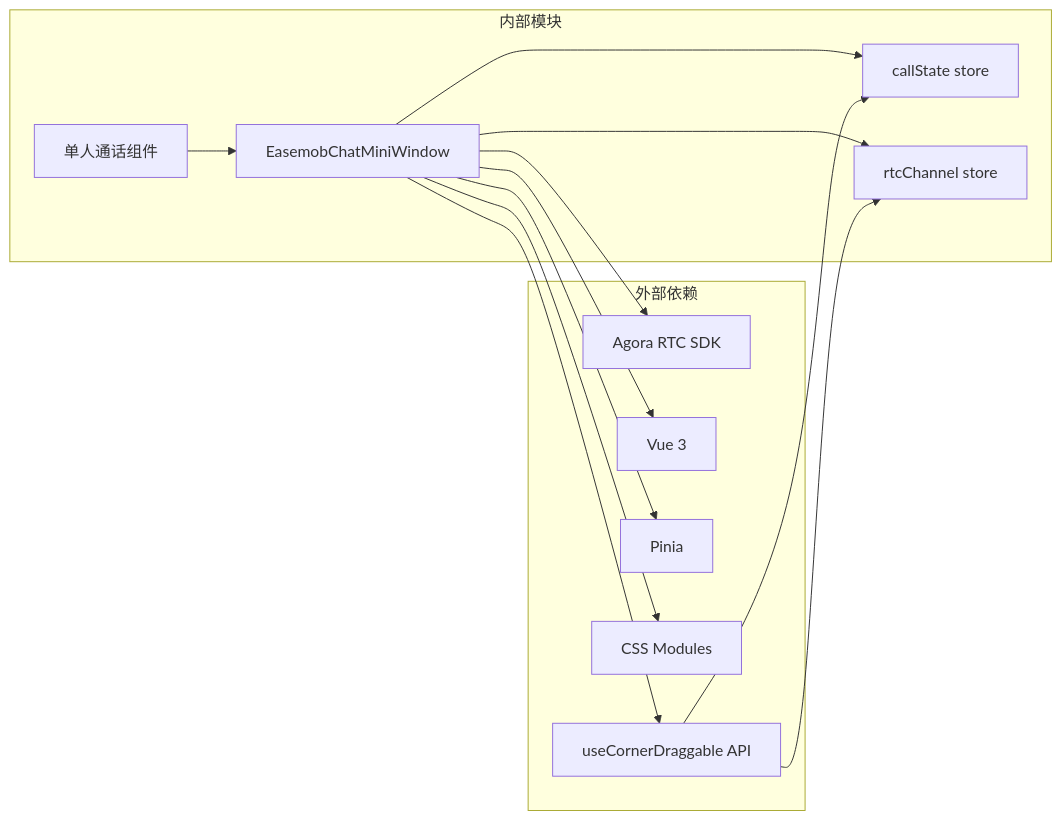
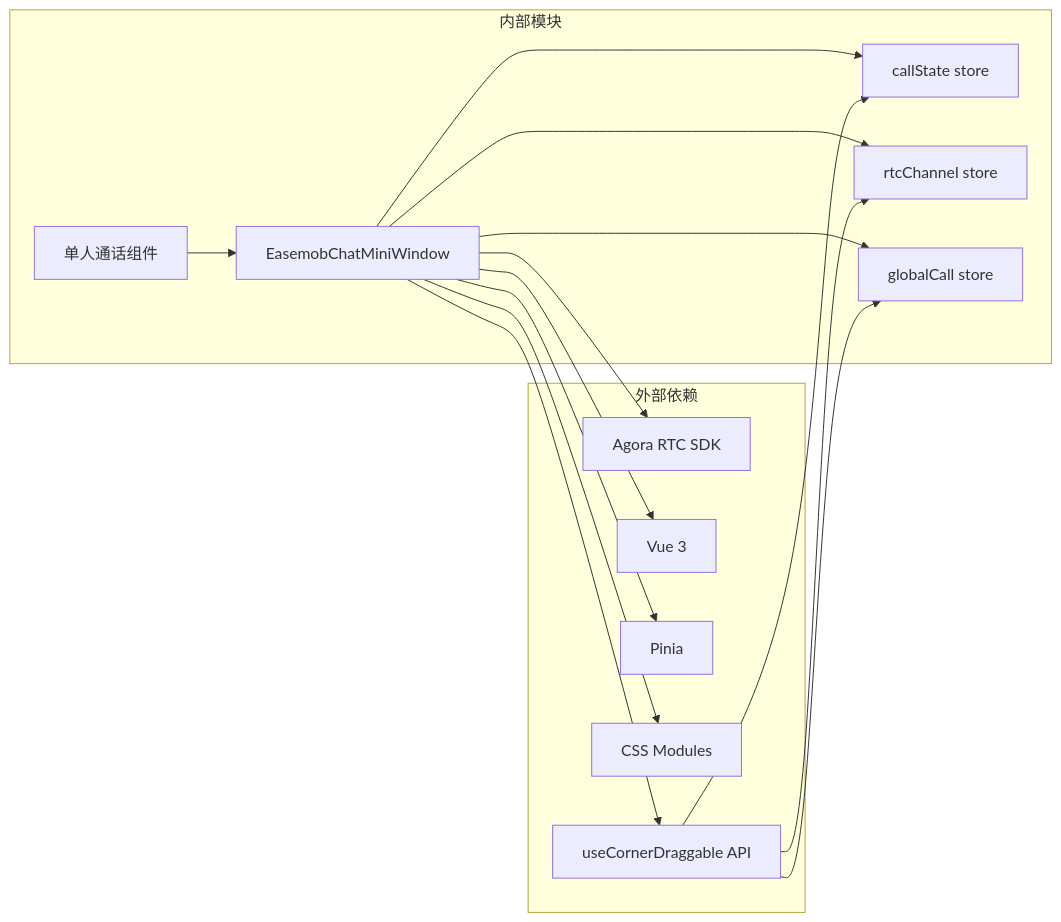
One commit to Easemob-Community/easemob-uikit-callkit-vue3 changed the seventh of 7 diagrams in .qoder/repowiki/zh/content/API 参考/组件 API/小窗口组件 API.md. Above: the diagram before and after it, drawn with Mermaid. The commit also changed other lines of this file and 54 other files, not shown here.

````diff
--- a/.qoder/repowiki/zh/content/API 参考/组件 API/小窗口组件 API.md
+++ b/.qoder/repowiki/zh/content/API 参考/组件 API/小窗口组件 API.md
@@ -273,26 +287,29 @@
 ```mermaid
 graph LR
 subgraph "外部依赖"
 A[Agora RTC SDK]
 B[Vue 3]
 C[Pinia]
 D[CSS Modules]
 E[useCornerDraggable API]
 end
 subgraph "内部模块"
 F[EasemobChatMiniWindow]
 G[callState store]
 H[rtcChannel store]
-I[单人通话组件]
+I[globalCall store]
+J[单人通话组件]
 end
 F --> A
 F --> B
 F --> C
 F --> D
 F --> E
 F --> G
 F --> H
-I --> F
+F --> I
+J --> F
 E --> G
 E --> H
+E --> I
 ```
````
